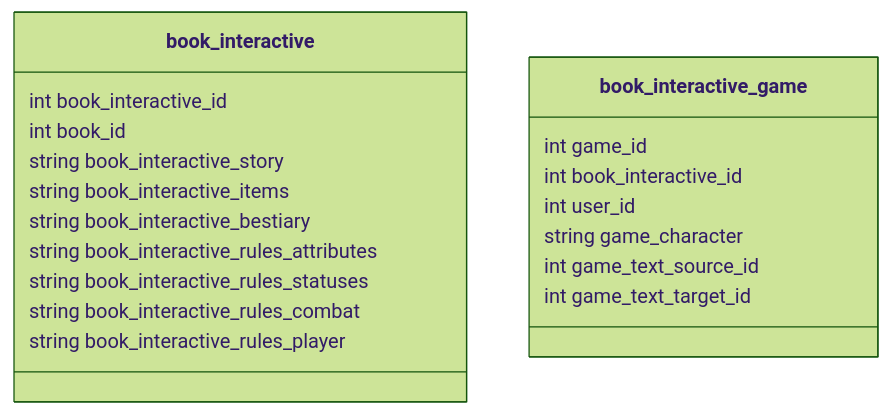
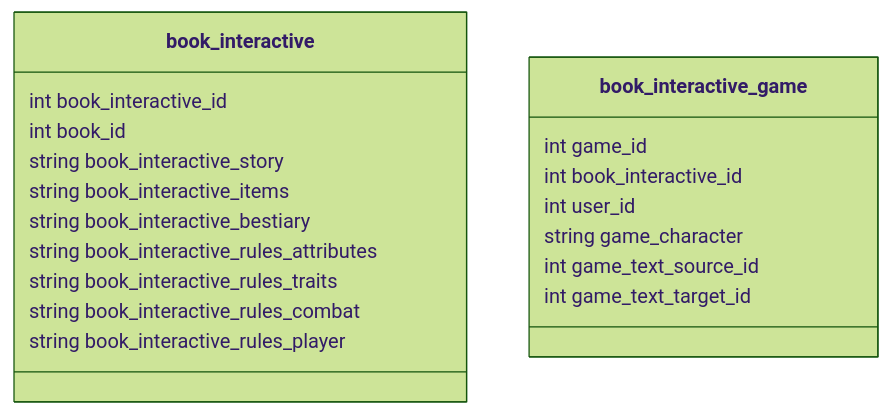
Before and after one commit to velkuns/game-text-engine: the diagram in README.md, drawn with Mermaid (forest theme). The commit also changed other lines of this file and 51 other files, not shown here.

````diff
--- a/README.md
+++ b/README.md
@@ -524,27 +524,27 @@
 ```mermaid
 ---
 Tables diagram: nodes (v1)
 ---
 classDiagram
     
     class book_interactive {
         int book_interactive_id
         int book_id
         string book_interactive_story
         string book_interactive_items
         string book_interactive_bestiary
         string book_interactive_rules_attributes
-        string book_interactive_rules_statuses
+        string book_interactive_rules_traits
         string book_interactive_rules_combat
         string book_interactive_rules_player
     }
     
     class book_interactive_game {
         int game_id
         int book_interactive_id
         int user_id
         string game_character
         int game_text_source_id
         int game_text_target_id
     }
 ```
````
